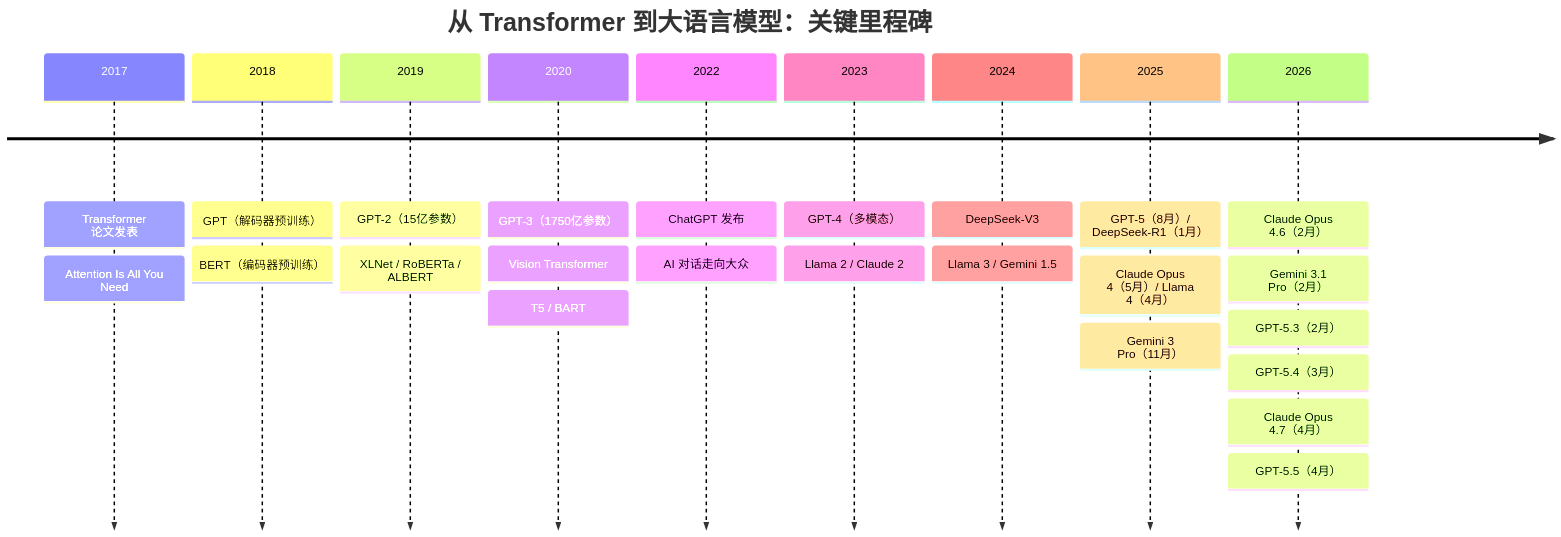
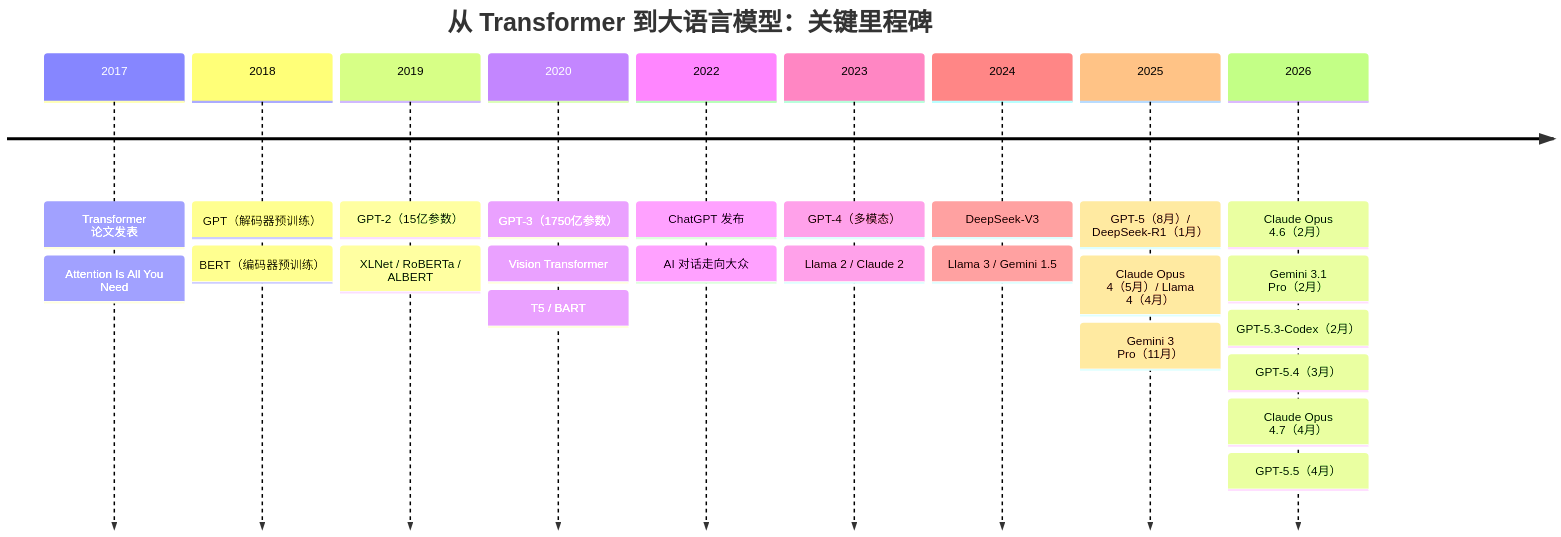
Before and after one commit to yeasy/llm_internals: the diagram in 01_introduction/1.5_milestones.md, drawn with Mermaid. The commit also changed other lines of this file and 30 other files, not shown here.

````diff
--- a/01_introduction/1.5_milestones.md
+++ b/01_introduction/1.5_milestones.md
@@ -5,28 +5,28 @@
 ```mermaid
 timeline
     title 从 Transformer 到大语言模型：关键里程碑
     2017 : Transformer 论文发表
          : Attention Is All You Need
     2018 : GPT（解码器预训练）
          : BERT（编码器预训练）
     2019 : GPT-2（15亿参数）
          : XLNet / RoBERTa / ALBERT
     2020 : GPT-3（1750亿参数）
          : Vision Transformer
          : T5 / BART
     2022 : ChatGPT 发布
          : AI 对话走向大众
     2023 : GPT-4（多模态）
          : Llama 2 / Claude 2
     2024 : DeepSeek-V3
          : Llama 3 / Gemini 1.5
     2025 : GPT-5（8月）/ DeepSeek-R1（1月）
          : Claude Opus 4（5月）/ Llama 4（4月）
          : Gemini 3 Pro（11月）
     2026 : Claude Opus 4.6（2月）
          : Gemini 3.1 Pro（2月）
-         : GPT-5.3（2月）
+         : GPT-5.3-Codex（2月）
          : GPT-5.4（3月）
          : Claude Opus 4.7（4月）
          : GPT-5.5（4月）
 ```
````
